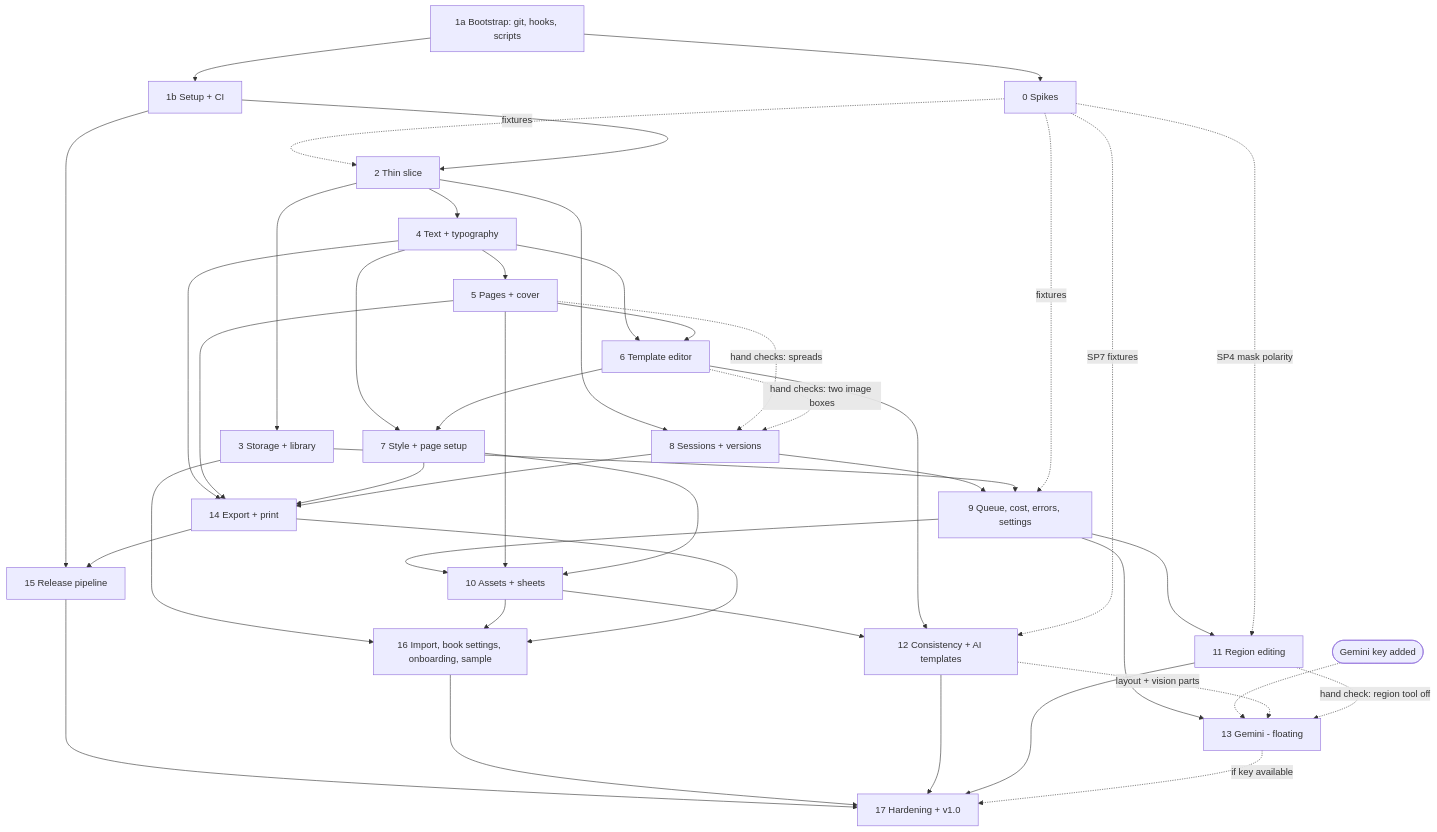
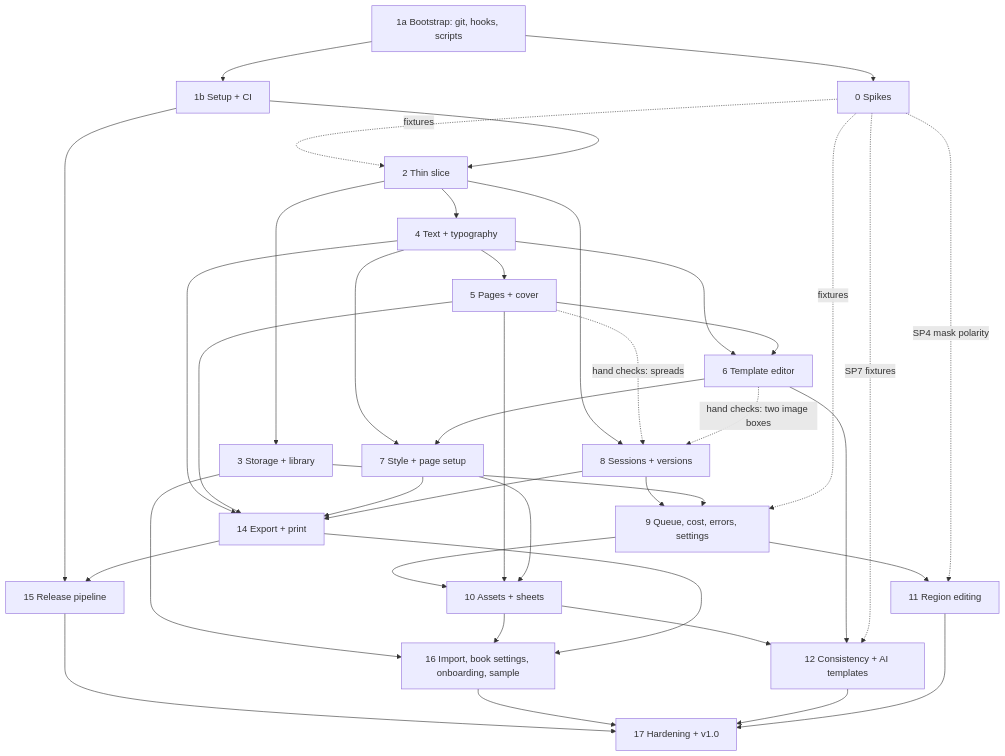
One commit to buckleypaul/bookbook changed the diagram in implementation-plan.md. Above: the diagram before and after it, drawn with Mermaid. The commit also changed other lines of this file and 6 other files, not shown here.

````diff
--- a/implementation-plan.md
+++ b/implementation-plan.md
@@ -136,46 +136,41 @@
 ```mermaid
 graph TD
   P1a[1a Bootstrap: git, hooks, scripts] --> P0[0 Spikes]
   P1a --> P1b[1b Setup + CI]
   P0 -.fixtures.-> P2
   P1b --> P2[2 Thin slice]
   P2 --> P3[3 Storage + library]
   P2 --> P4[4 Text + typography]
   P4 --> P5[5 Pages + cover]
   P4 --> P6[6 Template editor]
   P5 --> P6
   P2 --> P8[8 Sessions + versions]
   P5 -.hand checks: spreads.-> P8
   P6 -.hand checks: two image boxes.-> P8
   P4 --> P7[7 Style + page setup]
   P6 --> P7
   P8 --> P9[9 Queue, cost, errors, settings]
   P3 --> P9
   P0 -.fixtures.-> P9
   P9 --> P10[10 Assets + sheets]
   P5 --> P10
   P7 --> P10
   P9 --> P11[11 Region editing]
   P0 -.SP4 mask polarity.-> P11
   P10 --> P12[12 Consistency + AI templates]
   P6 --> P12
   P0 -.SP7 fixtures.-> P12
-  P9 --> P13[13 Gemini - floating]
-  GK([Gemini key added]) -.-> P13
-  P12 -.layout + vision parts.-> P13
-  P11 -.hand check: region tool off.-> P13
   P4 --> P14[14 Export + print]
   P5 --> P14
   P7 --> P14
   P8 --> P14
   P1b --> P15[15 Release pipeline]
   P14 --> P15
   P3 --> P16[16 Import, book settings, onboarding, sample]
   P10 --> P16
   P14 --> P16
   P15 --> P17[17 Hardening + v1.0]
   P16 --> P17
   P12 --> P17
   P11 --> P17
-  P13 -.if key available.-> P17
 ```
````
